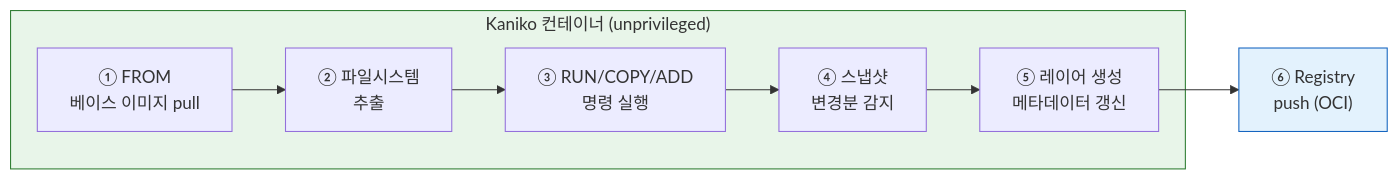
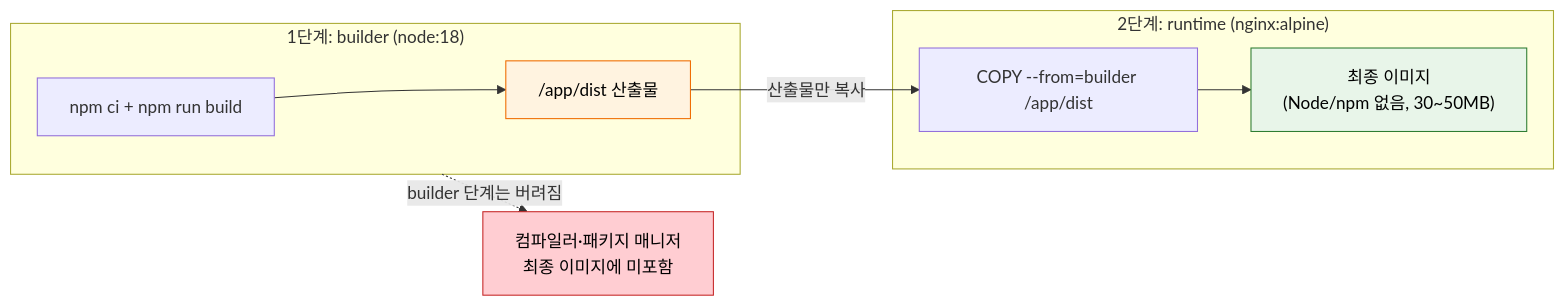
One commit to scofe97/StduyWrite changed the second of 2 diagrams in write/07_devops/02_Jenkins/03_agent/01-03.컨테이너 이미지 빌드.md. Above: the diagram before and after it, drawn with Mermaid. The commit also changed other lines of this file and 8 other files, not shown here.

````diff
--- a/write/07_devops/02_Jenkins/03_agent/01-03.컨테이너 이미지 빌드.md
+++ b/write/07_devops/02_Jenkins/03_agent/01-03.컨테이너 이미지 빌드.md
@@ -66,17 +180,19 @@
 ```mermaid
 flowchart LR
-    subgraph KanikoPod["Kaniko 컨테이너 (unprivileged)"]
-        S1["① FROM<br/>베이스 이미지 pull"]
-        S2["② 파일시스템<br/>추출"]
-        S3["③ RUN/COPY/ADD<br/>명령 실행"]
-        S4["④ 스냅샷<br/>변경분 감지"]
-        S5["⑤ 레이어 생성<br/>메타데이터 갱신"]
+    subgraph Build["1단계: builder (node:18)"]
+        B1["npm ci + npm run build"]
+        B2["/app/dist 산출물"]
+        B1 --> B2
     end
-    REG["⑥ Registry<br/>push (OCI)"]
+    subgraph Runtime["2단계: runtime (nginx:alpine)"]
+        R1["COPY --from=builder /app/dist"]
+        R2["최종 이미지<br>(Node/npm 없음, 30~50MB)"]
+        R1 --> R2
+    end
+    B2 -->|"산출물만 복사"| R1
+    Build -.->|"builder 단계는 버려짐"| DISCARD["컴파일러·패키지 매니저<br>최종 이미지에 미포함"]
 
-    S1 --> S2 --> S3 --> S4 --> S5
-    S5 --> REG
-
-    style KanikoPod fill:#e8f5e9,stroke:#2e7d32,color:#333
-    style REG fill:#e3f2fd,stroke:#1565c0,color:#333
+    style B2 fill:#fff3e0,stroke:#ef6c00,color:#000
+    style R2 fill:#e8f5e9,stroke:#2e7d32,color:#000
+    style DISCARD fill:#ffcdd2,stroke:#c62828,color:#000
 ```
````
